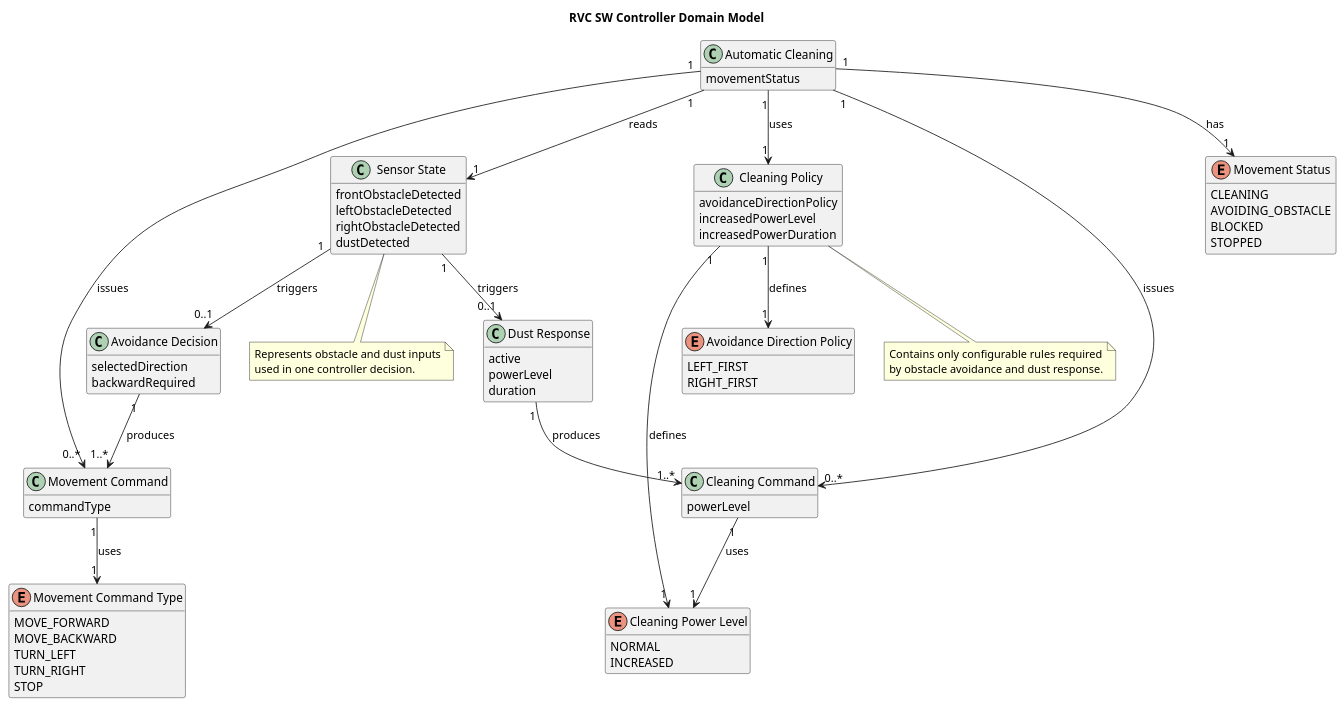
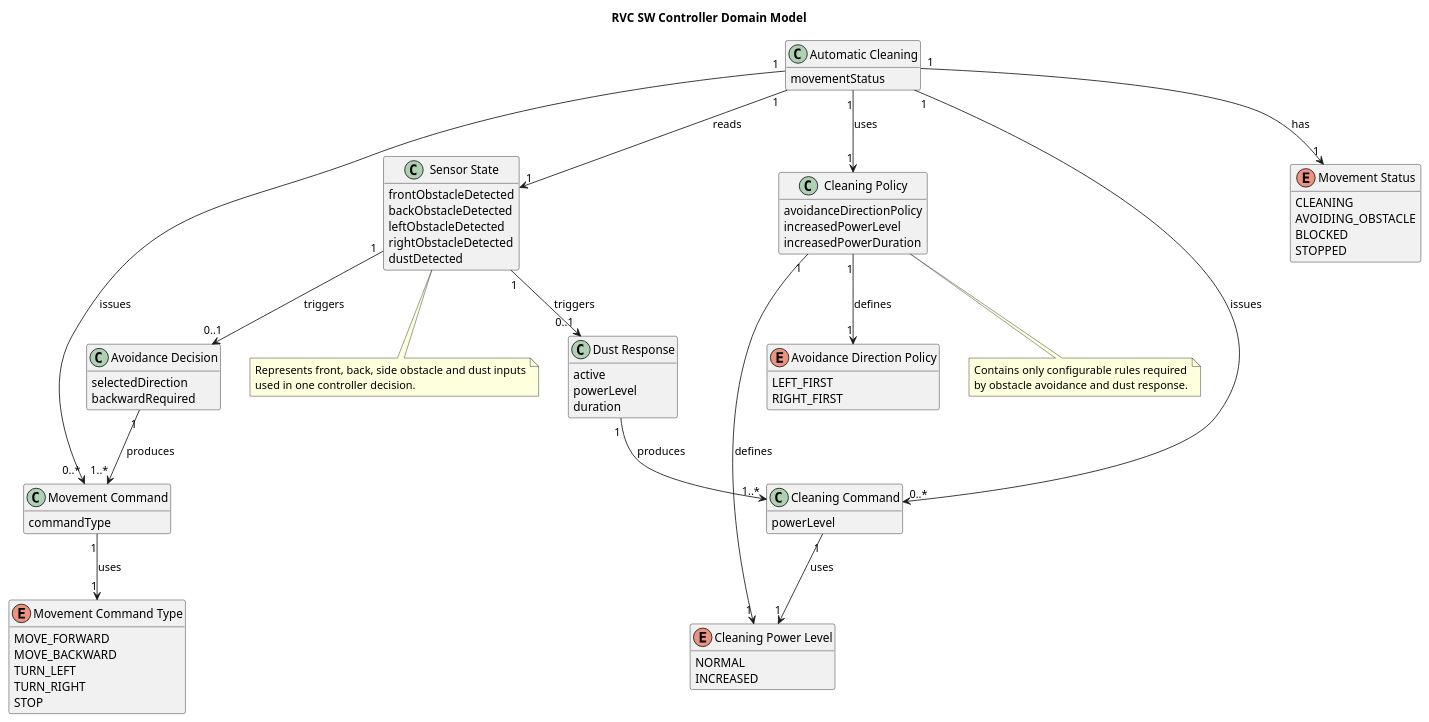
Before and after one commit to OOAD-Team3/Robot-Vacuum-Cleaner-AI: the diagram in docs/domain-model.puml, drawn with PlantUML. The commit also changed 9 other files, not shown here.

```diff
--- a/docs/domain-model.puml
+++ b/docs/domain-model.puml
@@ -1,96 +1,97 @@
 @startuml RVC_Domain_Model
 title RVC SW Controller Domain Model
 
 skinparam classAttributeIconSize 0
 hide methods
 
 class "Automatic Cleaning" as AutomaticCleaning {
   movementStatus
 }
 
 class "Sensor State" as SensorState {
   frontObstacleDetected
+  backObstacleDetected
   leftObstacleDetected
   rightObstacleDetected
   dustDetected
 }
 
 class "Cleaning Policy" as CleaningPolicy {
   avoidanceDirectionPolicy
   increasedPowerLevel
   increasedPowerDuration
 }
 
 class "Avoidance Decision" as AvoidanceDecision {
   selectedDirection
   backwardRequired
 }
 
 class "Dust Response" as DustResponse {
   active
   powerLevel
   duration
 }
 
 class "Movement Command" as MovementCommand {
   commandType
 }
 
 class "Cleaning Command" as CleaningCommand {
   powerLevel
 }
 
 enum "Movement Status" as MovementStatus {
   CLEANING
   AVOIDING_OBSTACLE
   BLOCKED
   STOPPED
 }
 
 enum "Movement Command Type" as MovementCommandType {
   MOVE_FORWARD
   MOVE_BACKWARD
   TURN_LEFT
   TURN_RIGHT
   STOP
 }
 
 enum "Cleaning Power Level" as CleaningPowerLevel {
   NORMAL
   INCREASED
 }
 
 enum "Avoidance Direction Policy" as AvoidanceDirectionPolicy {
   LEFT_FIRST
   RIGHT_FIRST
 }
 
 AutomaticCleaning "1" --> "1" SensorState : reads
 AutomaticCleaning "1" --> "1" CleaningPolicy : uses
 AutomaticCleaning "1" --> "0..*" MovementCommand : issues
 AutomaticCleaning "1" --> "0..*" CleaningCommand : issues
 AutomaticCleaning "1" --> "1" MovementStatus : has
 
 SensorState "1" --> "0..1" AvoidanceDecision : triggers
 SensorState "1" --> "0..1" DustResponse : triggers
 
 CleaningPolicy "1" --> "1" AvoidanceDirectionPolicy : defines
 CleaningPolicy "1" --> "1" CleaningPowerLevel : defines
 
 AvoidanceDecision "1" --> "1..*" MovementCommand : produces
 DustResponse "1" --> "1..*" CleaningCommand : produces
 
 MovementCommand "1" --> "1" MovementCommandType : uses
 CleaningCommand "1" --> "1" CleaningPowerLevel : uses
 
 note bottom of SensorState
-  Represents obstacle and dust inputs
+  Represents front, back, side obstacle and dust inputs
   used in one controller decision.
 end note
 
 note bottom of CleaningPolicy
   Contains only configurable rules required
   by obstacle avoidance and dust response.
 end note
 
 @enduml
```
